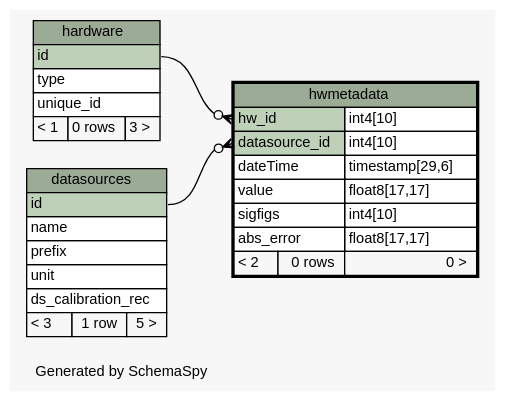
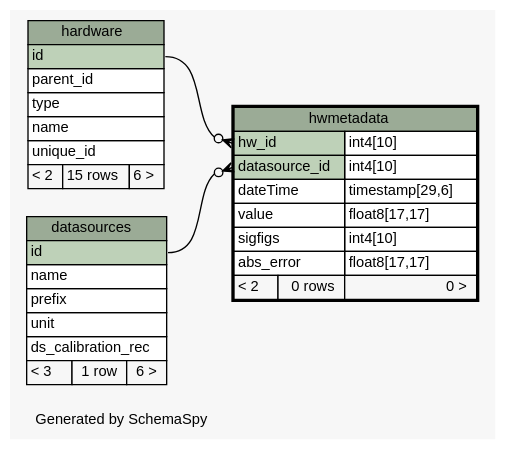
One commit to tgbugs/mlab changed the diagram in database/ss/diagrams/hwmetadata.1degree.dot. Above: the diagram before and after it, drawn with Graphviz. The commit also changed 204 other files, not shown here.

Commit message:
got the hardware working as a tree, removed explicit amp and headstage classes, updated schemaspy

```diff
--- a/database/ss/diagrams/hwmetadata.1degree.dot
+++ b/database/ss/diagrams/hwmetadata.1degree.dot
@@ -1,65 +1,67 @@
 // dot 2.32.0 on Windows 7 6.1
 // SchemaSpy rev 590
 digraph "oneDegreeRelationshipsDiagram" {
   graph [
     rankdir="RL"
     bgcolor="#f7f7f7"
     label="\nGenerated by SchemaSpy"
     labeljust="l"
     nodesep="0.18"
     ranksep="0.46"
     fontname="Helvetica"
     fontsize="11"
   ];
   node [
     fontname="Helvetica"
     fontsize="11"
     shape="plaintext"
   ];
   edge [
     arrowsize="0.8"
   ];
   "hwmetadata":"datasource_id":w -> "datasources":"id":e [arrowhead=none dir=back arrowtail=crowodot];
   "hwmetadata":"hw_id":w -> "hardware":"id":e [arrowhead=none dir=back arrowtail=crowodot];
   "datasources" [
     label=<
     <TABLE BORDER="0" CELLBORDER="1" CELLSPACING="0" BGCOLOR="#ffffff">
       <TR><TD COLSPAN="3" BGCOLOR="#9bab96" ALIGN="CENTER">datasources</TD></TR>
       <TR><TD PORT="id" COLSPAN="3" BGCOLOR="#bed1b8" ALIGN="LEFT">id</TD></TR>
       <TR><TD PORT="name" COLSPAN="3" ALIGN="LEFT">name</TD></TR>
       <TR><TD PORT="prefix" COLSPAN="3" ALIGN="LEFT">prefix</TD></TR>
       <TR><TD PORT="unit" COLSPAN="3" ALIGN="LEFT">unit</TD></TR>
       <TR><TD PORT="ds_calibration_rec" COLSPAN="3" ALIGN="LEFT">ds_calibration_rec</TD></TR>
-      <TR><TD ALIGN="LEFT" BGCOLOR="#f7f7f7">&lt; 3</TD><TD ALIGN="RIGHT" BGCOLOR="#f7f7f7">1 row</TD><TD ALIGN="RIGHT" BGCOLOR="#f7f7f7">5 &gt;</TD></TR>
+      <TR><TD ALIGN="LEFT" BGCOLOR="#f7f7f7">&lt; 3</TD><TD ALIGN="RIGHT" BGCOLOR="#f7f7f7">1 row</TD><TD ALIGN="RIGHT" BGCOLOR="#f7f7f7">6 &gt;</TD></TR>
     </TABLE>>
     URL="datasources.html"
     tooltip="datasources"
   ];
   "hardware" [
     label=<
     <TABLE BORDER="0" CELLBORDER="1" CELLSPACING="0" BGCOLOR="#ffffff">
       <TR><TD COLSPAN="3" BGCOLOR="#9bab96" ALIGN="CENTER">hardware</TD></TR>
       <TR><TD PORT="id" COLSPAN="3" BGCOLOR="#bed1b8" ALIGN="LEFT">id</TD></TR>
+      <TR><TD PORT="parent_id" COLSPAN="3" ALIGN="LEFT">parent_id</TD></TR>
       <TR><TD PORT="type" COLSPAN="3" ALIGN="LEFT">type</TD></TR>
+      <TR><TD PORT="name" COLSPAN="3" ALIGN="LEFT">name</TD></TR>
       <TR><TD PORT="unique_id" COLSPAN="3" ALIGN="LEFT">unique_id</TD></TR>
-      <TR><TD ALIGN="LEFT" BGCOLOR="#f7f7f7">&lt; 1</TD><TD ALIGN="RIGHT" BGCOLOR="#f7f7f7">0 rows</TD><TD ALIGN="RIGHT" BGCOLOR="#f7f7f7">3 &gt;</TD></TR>
+      <TR><TD ALIGN="LEFT" BGCOLOR="#f7f7f7">&lt; 2</TD><TD ALIGN="RIGHT" BGCOLOR="#f7f7f7">15 rows</TD><TD ALIGN="RIGHT" BGCOLOR="#f7f7f7">6 &gt;</TD></TR>
     </TABLE>>
     URL="hardware.html"
     tooltip="hardware"
   ];
   "hwmetadata" [
     label=<
     <TABLE BORDER="2" CELLBORDER="1" CELLSPACING="0" BGCOLOR="#ffffff">
       <TR><TD COLSPAN="3" BGCOLOR="#9bab96" ALIGN="CENTER">hwmetadata</TD></TR>
       <TR><TD PORT="hw_id" COLSPAN="2" BGCOLOR="#bed1b8" ALIGN="LEFT">hw_id</TD><TD PORT="hw_id.type" ALIGN="LEFT">int4[10]</TD></TR>
       <TR><TD PORT="datasource_id" COLSPAN="2" BGCOLOR="#bed1b8" ALIGN="LEFT">datasource_id</TD><TD PORT="datasource_id.type" ALIGN="LEFT">int4[10]</TD></TR>
       <TR><TD PORT="dateTime" COLSPAN="2" ALIGN="LEFT">dateTime</TD><TD PORT="dateTime.type" ALIGN="LEFT">timestamp[29,6]</TD></TR>
       <TR><TD PORT="value" COLSPAN="2" ALIGN="LEFT">value</TD><TD PORT="value.type" ALIGN="LEFT">float8[17,17]</TD></TR>
       <TR><TD PORT="sigfigs" COLSPAN="2" ALIGN="LEFT">sigfigs</TD><TD PORT="sigfigs.type" ALIGN="LEFT">int4[10]</TD></TR>
       <TR><TD PORT="abs_error" COLSPAN="2" ALIGN="LEFT">abs_error</TD><TD PORT="abs_error.type" ALIGN="LEFT">float8[17,17]</TD></TR>
       <TR><TD ALIGN="LEFT" BGCOLOR="#f7f7f7">&lt; 2</TD><TD ALIGN="RIGHT" BGCOLOR="#f7f7f7">0 rows</TD><TD ALIGN="RIGHT" BGCOLOR="#f7f7f7">0 &gt;</TD></TR>
     </TABLE>>
     URL="hwmetadata.html"
     tooltip="hwmetadata"
   ];
 }
```
